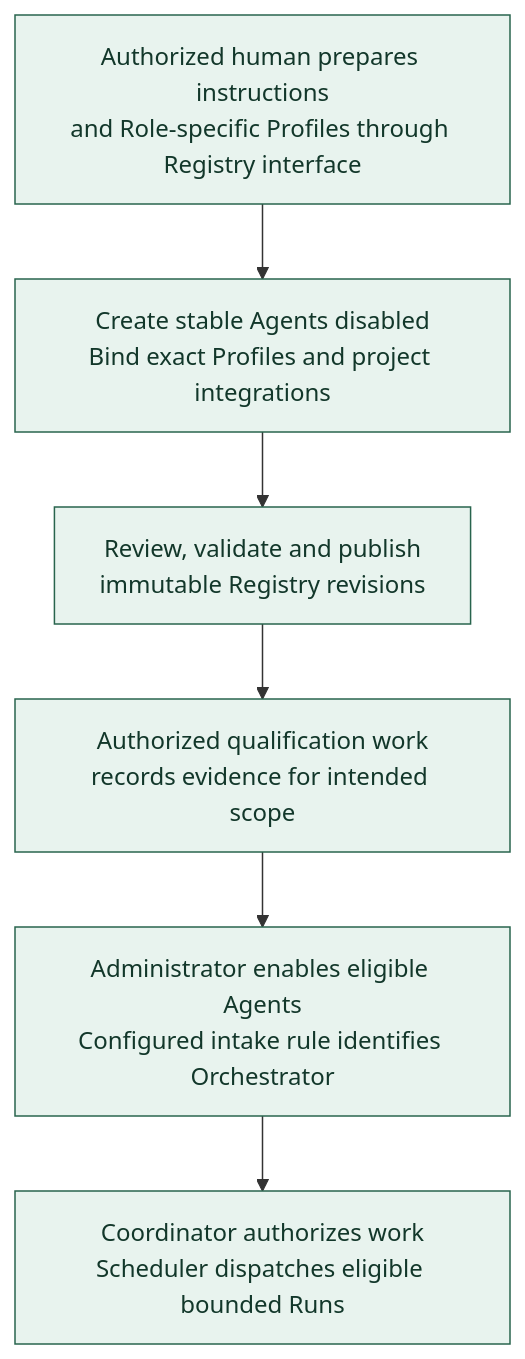
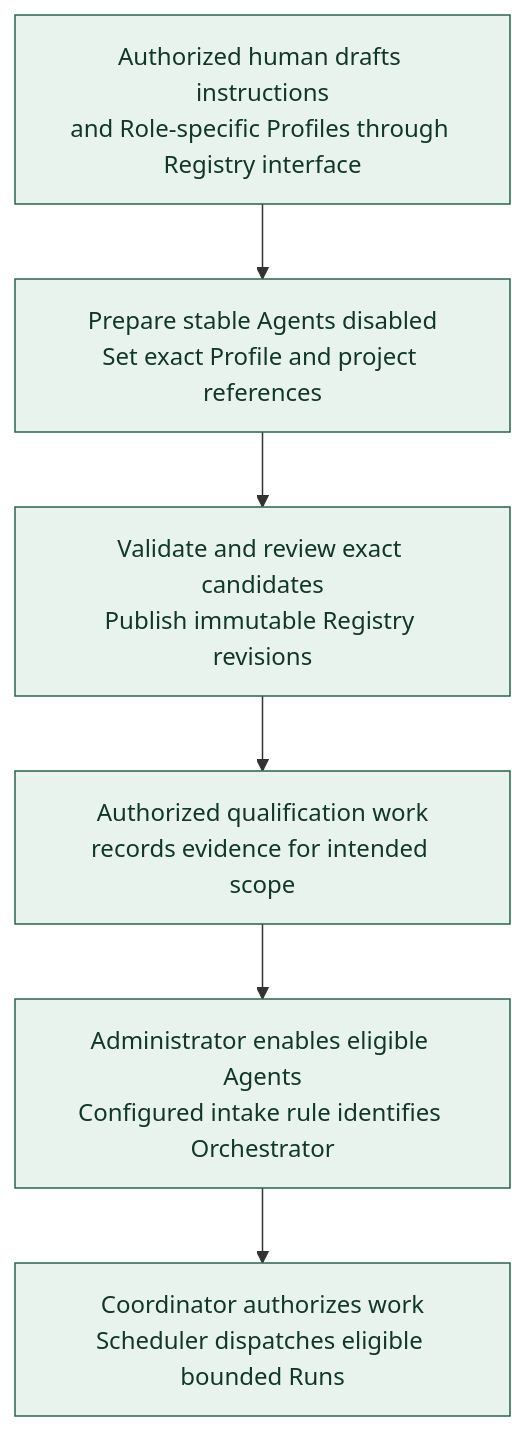
The diagram in docs/diagrams/first-agent-preparation.md (andrii2g/mobiraeon), drawn with Mermaid before and after one commit. The commit also changed other lines of this file and 8 other files, not shown here.

````diff
--- a/docs/diagrams/first-agent-preparation.md
+++ b/docs/diagrams/first-agent-preparation.md
@@ -5,16 +5,16 @@
 ```mermaid
 ---
 config:
   flowchart:
     wrappingWidth: 270
 ---
 flowchart TB
-    BOOT["Authorized human prepares instructions<br/>and Role-specific Profiles through Registry interface"] --> CREATE["Create stable Agents disabled<br/>Bind exact Profiles and project integrations"]
-    CREATE --> PUBLISH["Review, validate and publish<br/>immutable Registry revisions"]
+    BOOT["Authorized human drafts instructions<br/>and Role-specific Profiles through Registry interface"] --> CREATE["Prepare stable Agents disabled<br/>Set exact Profile and project references"]
+    CREATE --> PUBLISH["Validate and review exact candidates<br/>Publish immutable Registry revisions"]
     PUBLISH --> QUALIFY["Authorized qualification work<br/>records evidence for intended scope"]
     QUALIFY --> ENABLE["Administrator enables eligible Agents<br/>Configured intake rule identifies Orchestrator"]
     ENABLE --> COORD["Coordinator authorizes work<br/>Scheduler dispatches eligible bounded Runs"]
 
     classDef agreed fill:#e8f3ee,stroke:#28644d,color:#12372a;
     class BOOT,CREATE,PUBLISH,QUALIFY,ENABLE,COORD agreed;
 ```
````
